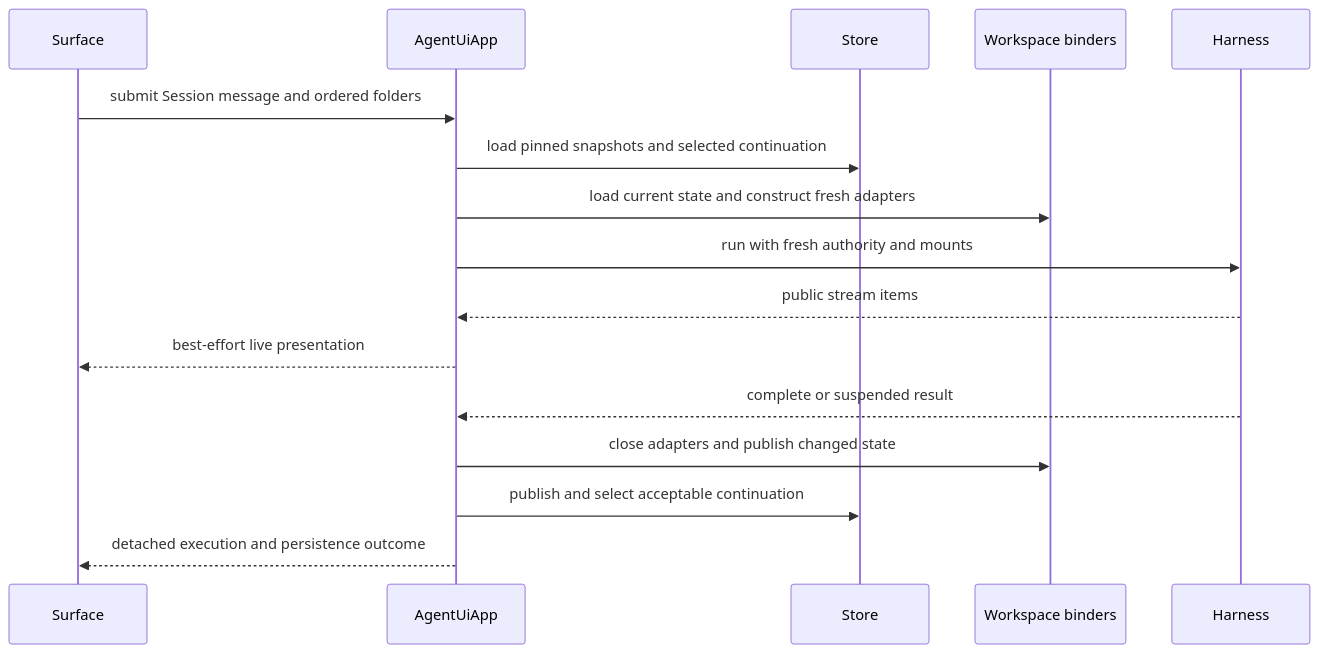
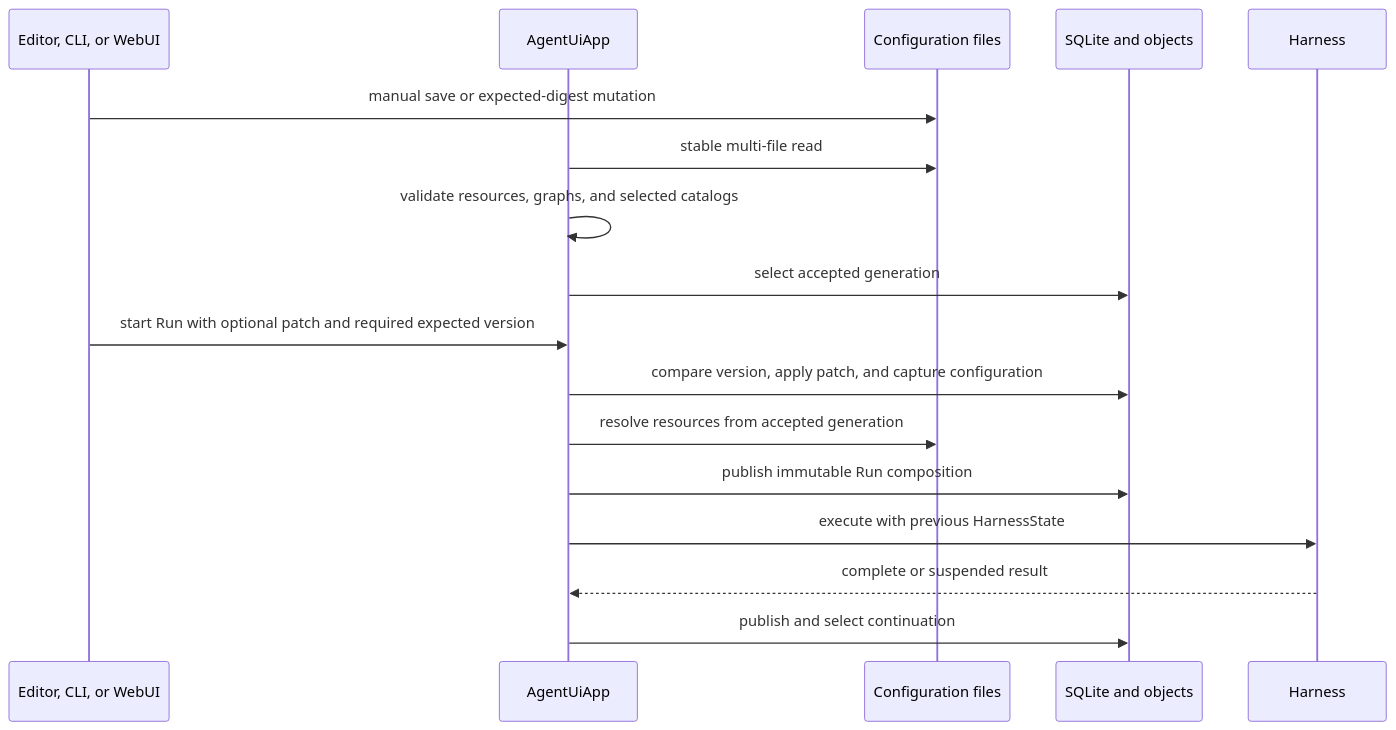
Before and after one commit to LTThreeComma/agent-foundation: the second of 3 diagrams in spec/agent-ui/00-overview.md, drawn with Mermaid. The commit also changed other lines of this file and 17 other files, not shown here.

````diff
--- a/spec/agent-ui/00-overview.md
+++ b/spec/agent-ui/00-overview.md
@@ -108,19 +70,20 @@
 ```mermaid
 sequenceDiagram
-    participant Surface
+    participant Editor as Editor, CLI, or WebUI
     participant App as AgentUiApp
-    participant Store
-    participant Env as Workspace binders
+    participant Files as Configuration files
+    participant Store as SQLite and objects
     participant Harness
 
-    Surface->>App: submit Session message and ordered folders
-    App->>Store: load pinned snapshots and selected continuation
-    App->>Env: load current state and construct fresh adapters
-    App->>Harness: run with fresh authority and mounts
-    Harness-->>App: public stream items
-    App-->>Surface: best-effort live presentation
+    Editor->>Files: manual save or expected-digest mutation
+    App->>Files: stable multi-file read
+    App->>App: validate resources, graphs, and selected catalogs
+    App->>Store: select accepted generation
+    Editor->>App: start Run with optional patch and required expected version
+    App->>Store: compare version, apply patch, and capture configuration
+    App->>Files: resolve resources from accepted generation
+    App->>Store: publish immutable Run composition
+    App->>Harness: execute with previous HarnessState
     Harness-->>App: complete or suspended result
-    App->>Env: close adapters and publish changed state
-    App->>Store: publish and select acceptable continuation
-    App-->>Surface: detached execution and persistence outcome
+    App->>Store: publish and select continuation
 ```
````
